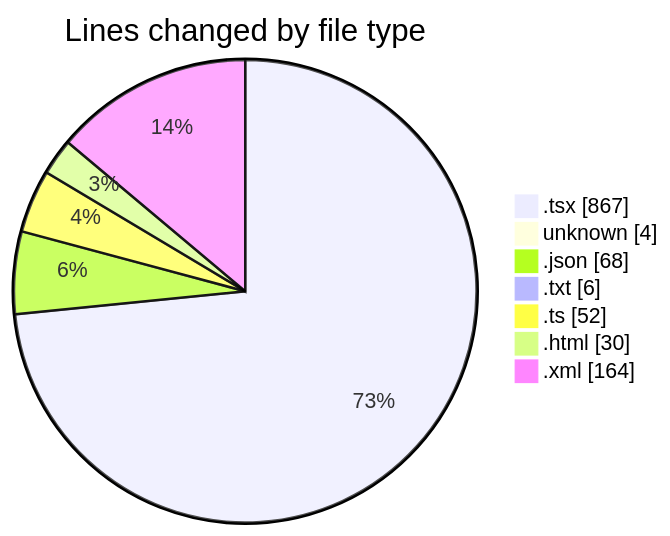
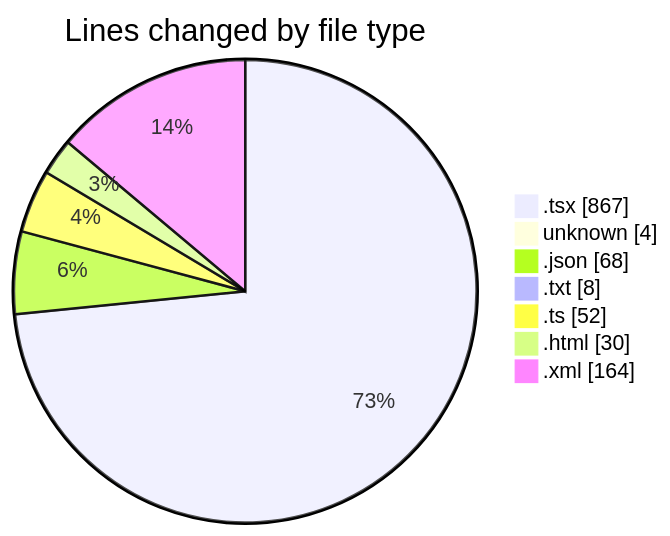
The first of 2 diagrams in 2025-02-27/audiobooks-web/README.md (robertbonfada/code-tracking), drawn with Mermaid before and after one commit. The commit also changed other lines of this file and 1 other file, not shown here.

````diff
--- a/2025-02-27/audiobooks-web/README.md
+++ b/2025-02-27/audiobooks-web/README.md
@@ -33,11 +33,11 @@
 ```mermaid
 pie showData
 title Lines changed by file type
 ".tsx" : 867
 "unknown" : 4
 ".json" : 68
-".txt" : 6
+".txt" : 8
 ".ts" : 52
 ".html" : 30
 ".xml" : 164
 ```
````
